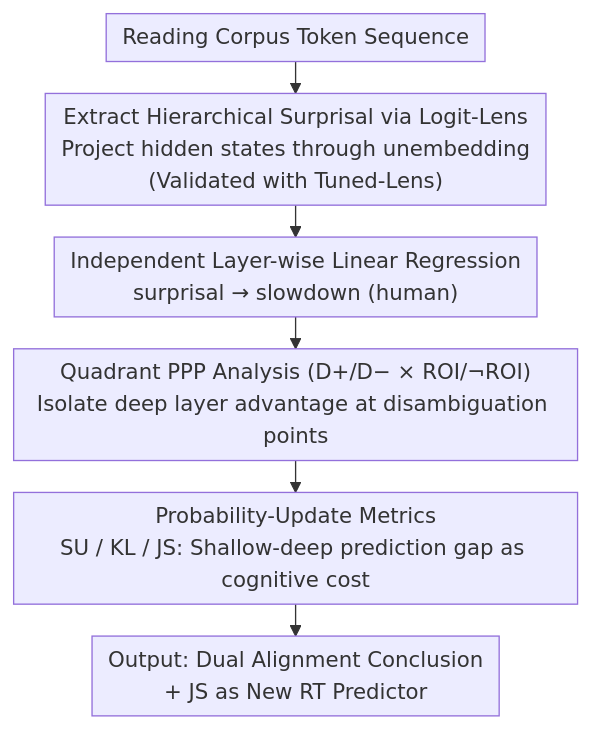
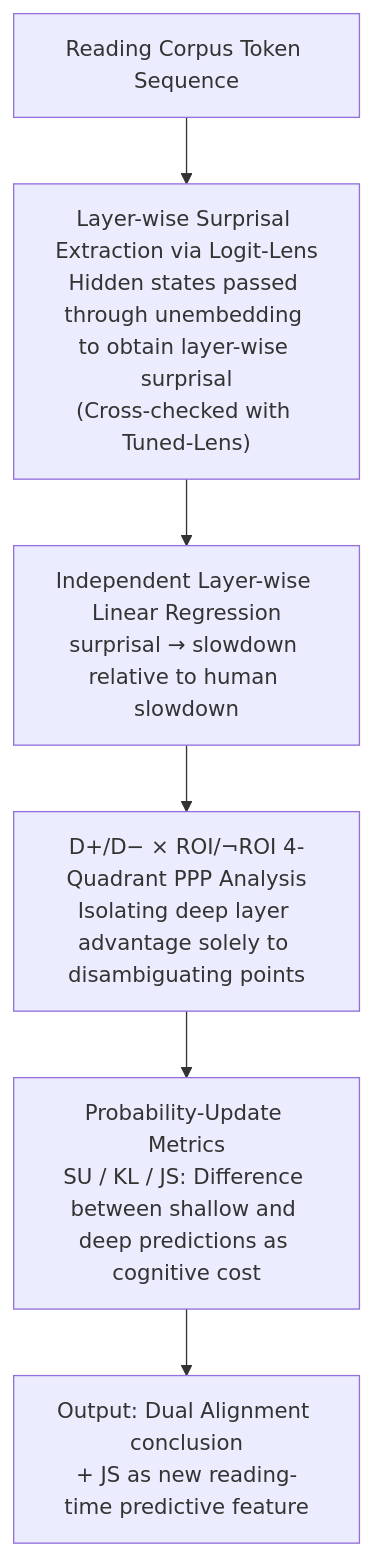
Before and after one commit to zhaoyang97/Paper-Notes-en: the diagram in docs/ACL2026/interpretability/dual_alignment_between_language_model_layers_and_human_sentence_processing.md, drawn with Mermaid. The commit also changed other lines of this file and 5084 other files, not shown here.

````diff
--- a/docs/ACL2026/interpretability/dual_alignment_between_language_model_layers_and_human_sentence_processing.md
+++ b/docs/ACL2026/interpretability/dual_alignment_between_language_model_layers_and_human_sentence_processing.md
@@ -44,9 +44,8 @@
 ```mermaid
-%%{init: {'flowchart': {'rankSpacing': 24, 'nodeSpacing': 28, 'padding': 6, 'wrappingWidth': 400}}}%%
-flowchart TD
-    A["Reading Corpus Token Sequence"] --> B["Extract Hierarchical Surprisal via Logit-Lens<br/>Project hidden states through unembedding<br/>(Validated with Tuned-Lens)"]
-    B --> C["Independent Layer-wise Linear Regression<br/>surprisal → slowdown (human)"]
-    C --> D["Quadrant PPP Analysis (D+/D− × ROI/¬ROI)<br/>Isolate deep layer advantage at disambiguation points"]
-    D --> E["Probability-Update Metrics<br/>SU / KL / JS: Shallow-deep prediction gap as cognitive cost"]
-    E --> F["Output: Dual Alignment Conclusion<br/>+ JS as New RT Predictor"]
+graph TD
+    A["Reading Corpus Token Sequence"] --> B["Layer-wise Surprisal Extraction via Logit-Lens<br/>Hidden states passed through unembedding to obtain layer-wise surprisal<br/>(Cross-checked with Tuned-Lens)"]
+    B --> C["Independent Layer-wise Linear Regression<br/>surprisal → slowdown relative to human slowdown"]
+    C --> D["D+/D− × ROI/¬ROI 4-Quadrant PPP Analysis<br/>Isolating deep layer advantage solely to disambiguating points"]
+    D --> E["Probability-Update Metrics<br/>SU / KL / JS: Difference between shallow and deep predictions as cognitive cost"]
+    E --> F["Output: Dual Alignment conclusion<br/>+ JS as new reading-time predictive feature"]
 ```
````
